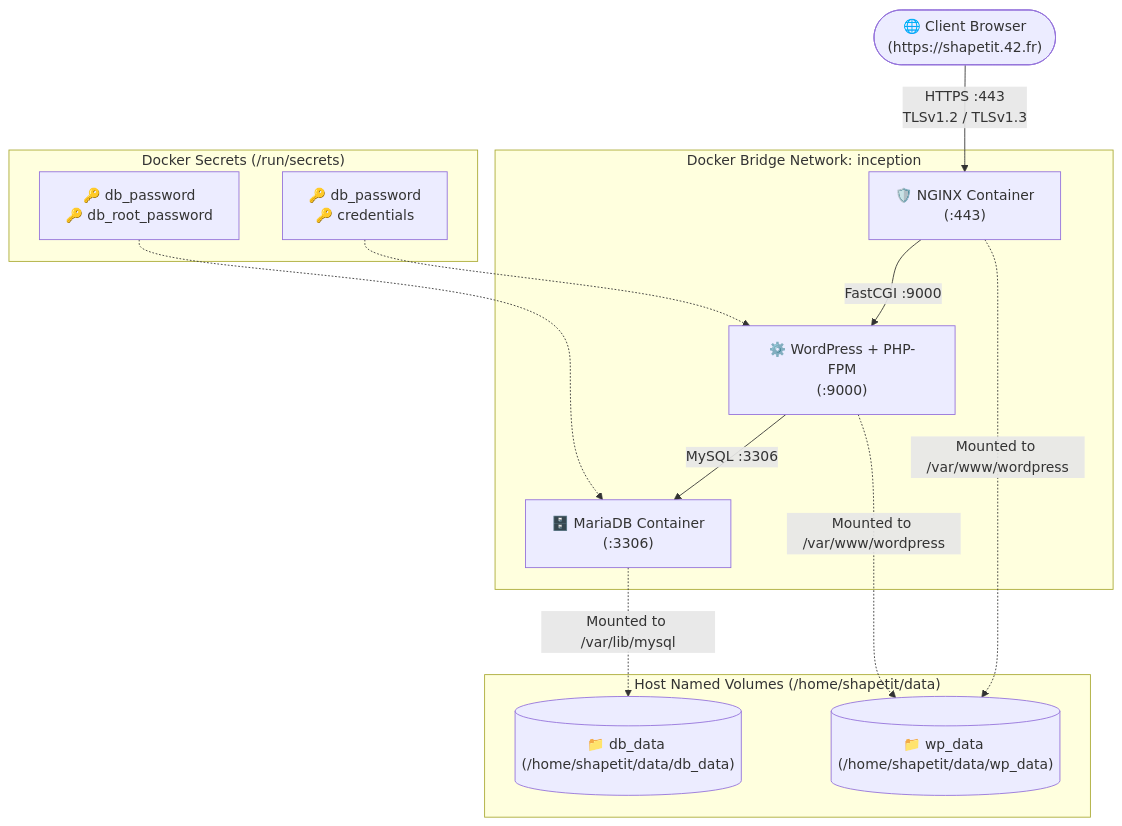
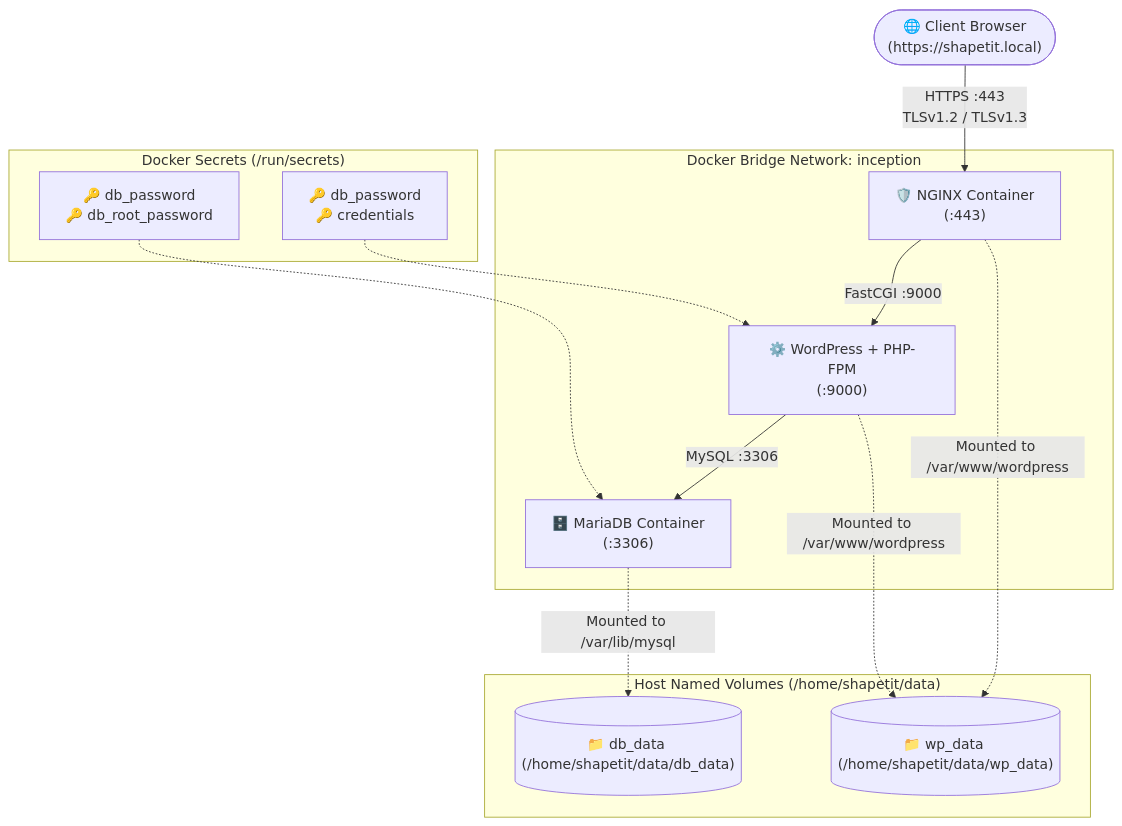
The diagram in README.md (Shawn-Petitjean/dockerized-wordpress-infra), drawn with Mermaid before and after one commit. The commit also changed other lines of this file and 5 other files, not shown here.

````diff
--- a/README.md
+++ b/README.md
@@ -23,20 +21,20 @@
 ```mermaid
 flowchart TD
-    Client(["🌐 Client Browser\n(https://shapetit.42.fr)"]) -->|HTTPS :443\nTLSv1.2 / TLSv1.3| NGINX["🛡️ NGINX Container\n(:443)"]
+    Client(["🌐 Client Browser\n(https://shapetit.local)"]) -->|HTTPS :443\nTLSv1.2 / TLSv1.3| NGINX["🛡️ NGINX Container\n(:443)"]
 
     subgraph Internal_Network ["Docker Bridge Network: inception"]
         NGINX -->|FastCGI :9000| WordPress["⚙️ WordPress + PHP-FPM\n(:9000)"]
         WordPress -->|MySQL :3306| MariaDB["🗄️ MariaDB Container\n(:3306)"]
     end
 
     subgraph Host_Persistence ["Host Named Volumes (/home/shapetit/data)"]
         WordPress -.->|Mounted to /var/www/wordpress| WPData[("📁 wp_data (/home/shapetit/data/wp_data)")]
         NGINX -.->|Mounted to /var/www/wordpress| WPData
         MariaDB -.->|Mounted to /var/lib/mysql| DBData[("📁 db_data (/home/shapetit/data/db_data)")]
     end
 
     subgraph Secrets_Layer ["Docker Secrets (/run/secrets)"]
         DBSec["🔑 db_password\n🔑 db_root_password"] -.-> MariaDB
         WPSec["🔑 db_password\n🔑 credentials"] -.-> WordPress
     end
 ```
````
